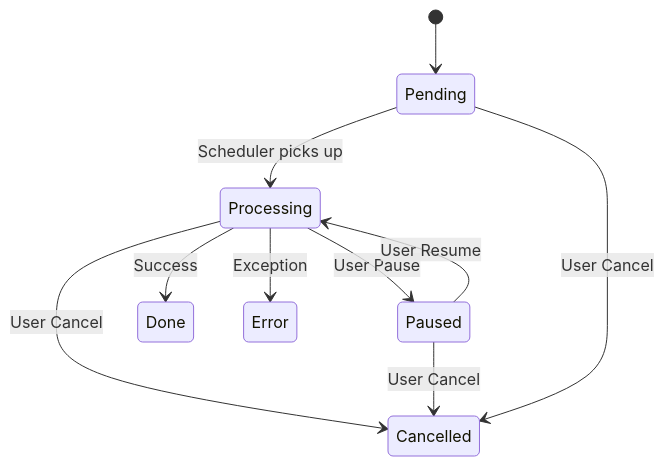
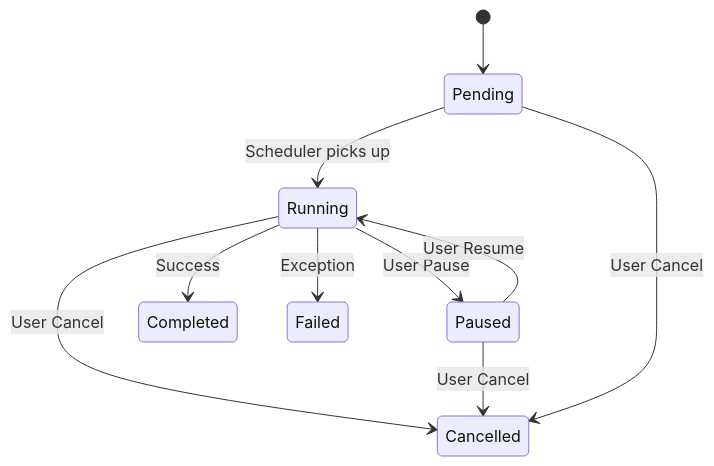
Before and after one commit to thnhmai06/SlideGenerator: the diagram in docs/en/job-system.md, drawn with Mermaid. The commit also changed other lines of this file and 238 other files, not shown here.

````diff
--- a/docs/en/job-system.md
+++ b/docs/en/job-system.md
@@ -31,12 +36,12 @@
 ```mermaid
 stateDiagram-v2
     [*] --> Pending
-    Pending --> Processing: Scheduler picks up
-    Processing --> Paused: User Pause
-    Paused --> Processing: User Resume
-    Processing --> Done: Success
-    Processing --> Error: Exception
-    Processing --> Cancelled: User Cancel
+    Pending --> Running: Scheduler picks up
+    Running --> Paused: User Pause
+    Paused --> Running: User Resume
+    Running --> Completed: Success
+    Running --> Failed: Exception
+    Running --> Cancelled: User Cancel
     Paused --> Cancelled: User Cancel
     Pending --> Cancelled: User Cancel
 ```
````
